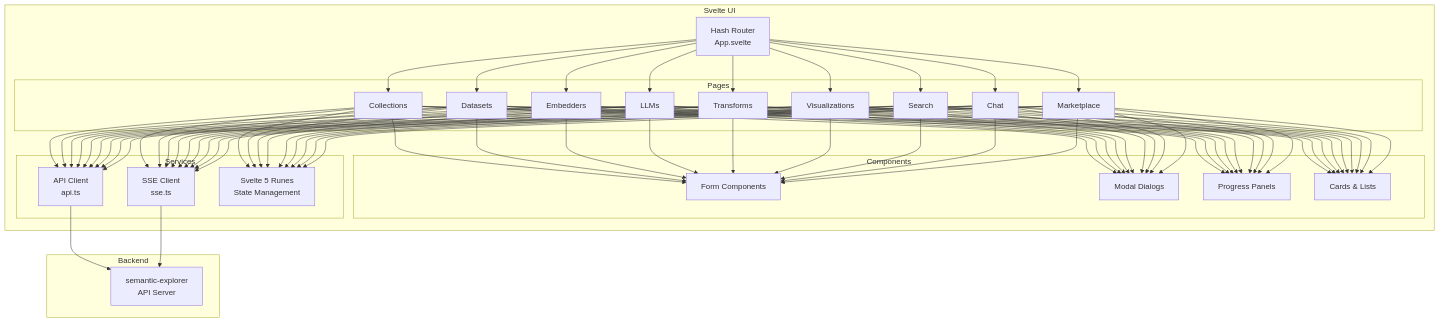
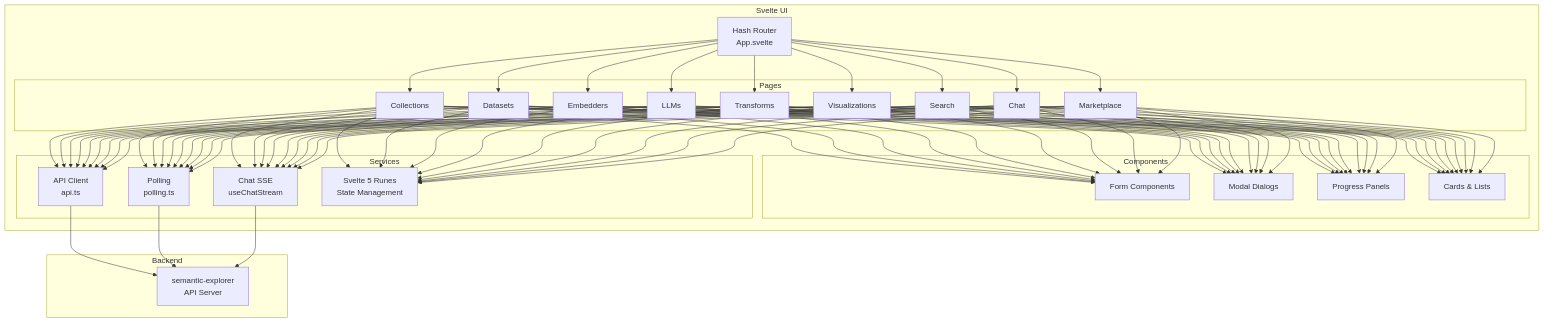
The first of 2 diagrams in semantic-explorer-ui/README.md (FishySoftware/semantic-explorer), drawn with Mermaid before and after one commit. The commit also changed other lines of this file and 104 other files, not shown here.

````diff
--- a/semantic-explorer-ui/README.md
+++ b/semantic-explorer-ui/README.md
@@ -83,41 +83,43 @@
 ```mermaid
 graph TB
     subgraph "Svelte UI"
         ROUTER[Hash Router<br/>App.svelte]
 
         subgraph "Pages"
             COLL[Collections]
             DS[Datasets]
             EMB[Embedders]
             LLM[LLMs]
             TRANS[Transforms]
             VIZ[Visualizations]
             SEARCH[Search]
             CHAT[Chat]
             MARKET[Marketplace]
         end
 
         subgraph "Components"
             FORMS[Form Components]
             MODALS[Modal Dialogs]
             PROGRESS[Progress Panels]
             CARDS[Cards & Lists]
         end
 
         subgraph "Services"
             API[API Client<br/>api.ts]
-            SSE[SSE Client<br/>sse.ts]
+            POLL[Polling<br/>polling.ts]
+            STREAM[Chat SSE<br/>useChatStream]
             STATE[Svelte 5 Runes<br/>State Management]
         end
     end
 
     subgraph "Backend"
         SERVER[semantic-explorer<br/>API Server]
     end
 
     ROUTER --> COLL & DS & EMB & LLM & TRANS & VIZ & SEARCH & CHAT & MARKET
     COLL & DS & EMB & LLM & TRANS & VIZ & SEARCH & CHAT & MARKET --> FORMS & MODALS & PROGRESS & CARDS
-    COLL & DS & EMB & LLM & TRANS & VIZ & SEARCH & CHAT & MARKET --> API & SSE & STATE
+    COLL & DS & EMB & LLM & TRANS & VIZ & SEARCH & CHAT & MARKET --> API & POLL & STREAM & STATE
     API --> SERVER
-    SSE --> SERVER
+    POLL --> SERVER
+    STREAM --> SERVER
 ```
````
